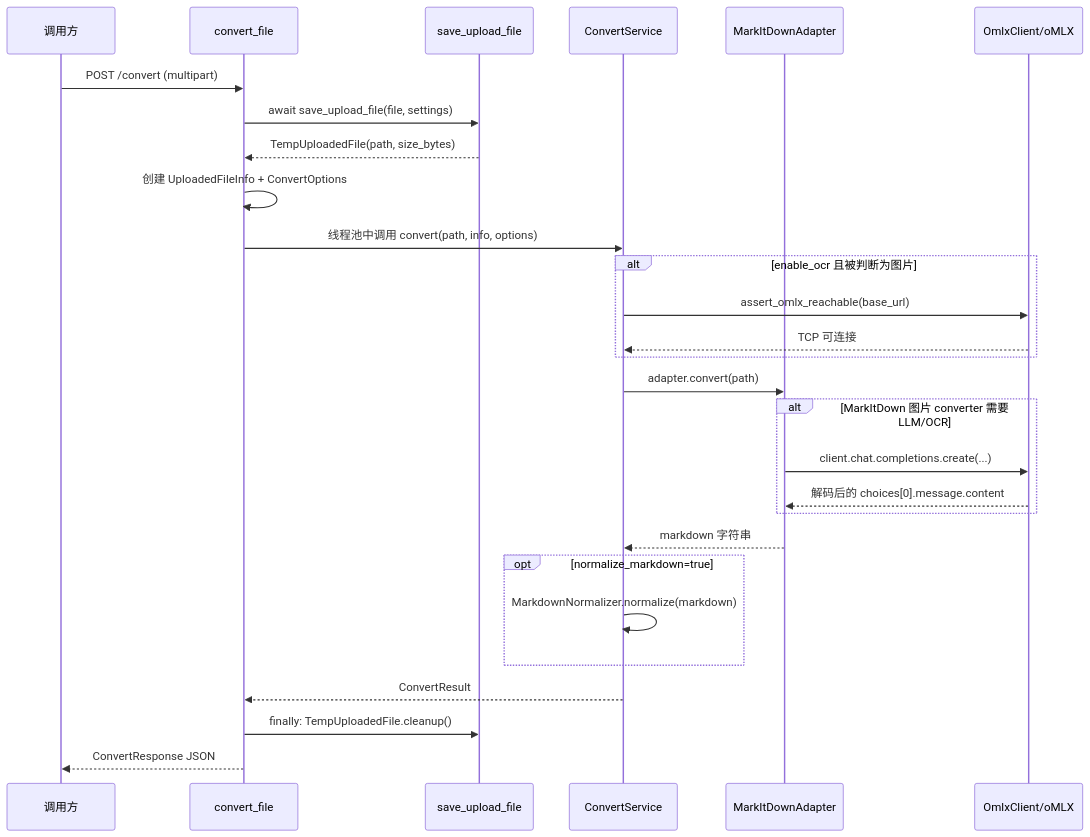
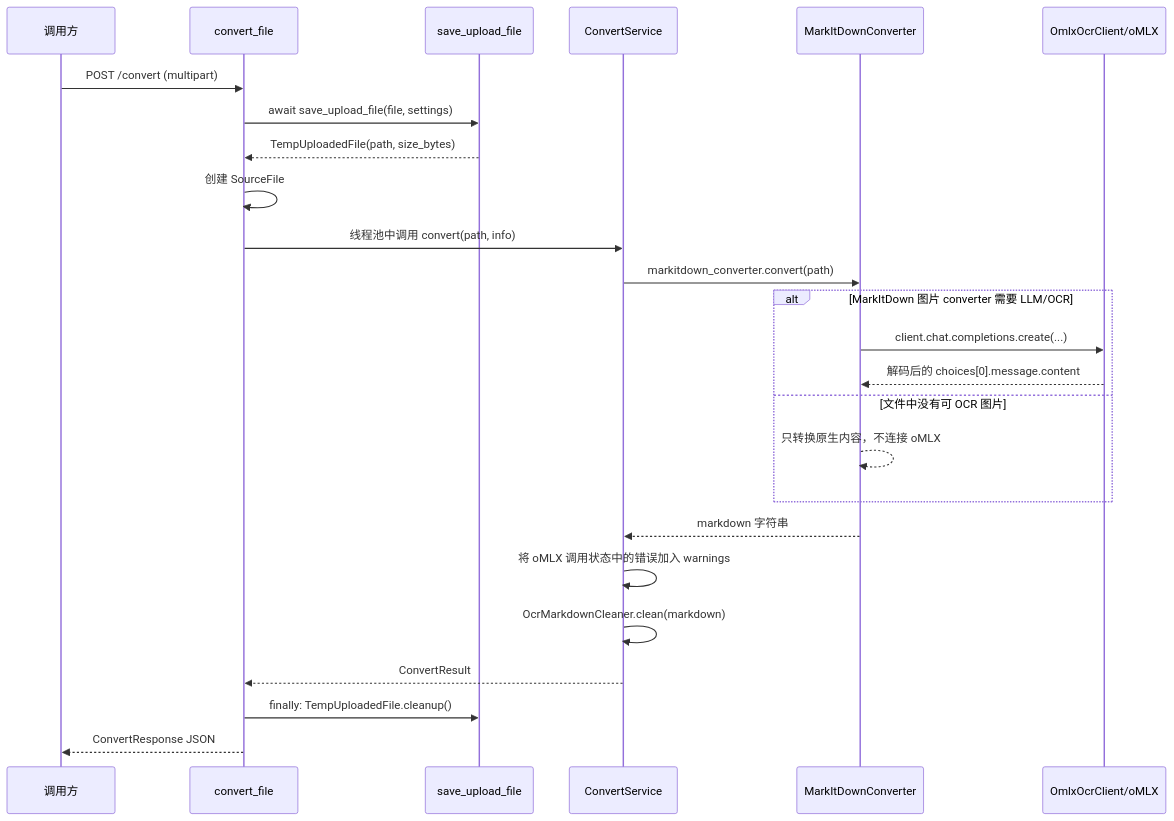
Before and after one commit to Jianshi-Lu/to-markdown: the second of 2 diagrams in docs/code-reference.md, drawn with Mermaid. The commit also changed other lines of this file and 3 other files, not shown here.

````diff
--- a/docs/code-reference.md
+++ b/docs/code-reference.md
@@ -170,31 +167,28 @@
 ```mermaid
 sequenceDiagram
     participant C as 调用方
     participant R as convert_file
     participant S as save_upload_file
     participant CS as ConvertService
-    participant M as MarkItDownAdapter
-    participant O as OmlxClient/oMLX
+    participant M as MarkItDownConverter
+    participant O as OmlxOcrClient/oMLX
 
     C->>R: POST /convert (multipart)
     R->>S: await save_upload_file(file, settings)
     S-->>R: TempUploadedFile(path, size_bytes)
-    R->>R: 创建 UploadedFileInfo + ConvertOptions
-    R->>CS: 线程池中调用 convert(path, info, options)
-    alt enable_ocr 且被判断为图片
-        CS->>O: assert_omlx_reachable(base_url)
-        O-->>CS: TCP 可连接
-    end
-    CS->>M: adapter.convert(path)
+    R->>R: 创建 SourceFile
+    R->>CS: 线程池中调用 convert(path, info)
+    CS->>M: markitdown_converter.convert(path)
     alt MarkItDown 图片 converter 需要 LLM/OCR
         M->>O: client.chat.completions.create(...)
         O-->>M: 解码后的 choices[0].message.content
+    else 文件中没有可 OCR 图片
+        M-->>M: 只转换原生内容，不连接 oMLX
     end
     M-->>CS: markdown 字符串
-    opt normalize_markdown=true
-        CS->>CS: MarkdownNormalizer.normalize(markdown)
-    end
+    CS->>CS: 将 oMLX 调用状态中的错误加入 warnings
+    CS->>CS: OcrMarkdownCleaner.clean(markdown)
     CS-->>R: ConvertResult
     R->>S: finally: TempUploadedFile.cleanup()
     R-->>C: ConvertResponse JSON
 ```
````
